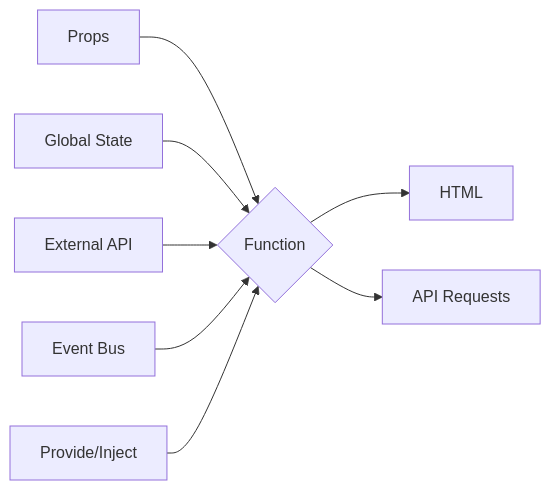
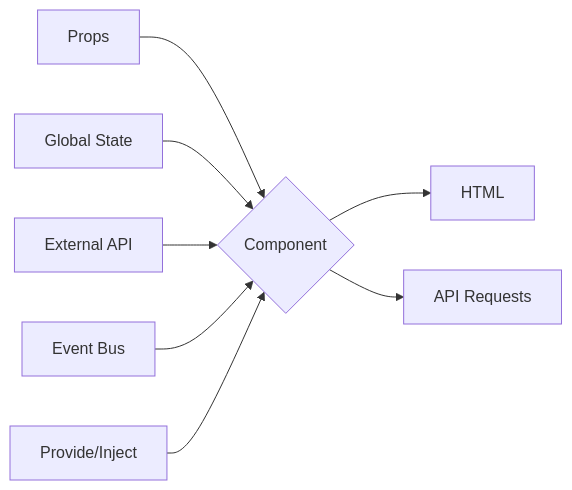
One commit to lindsaykwardell/vgs-functional-programming changed the ninth of 12 diagrams in slides.md. Above: the diagram before and after it, drawn with Mermaid. The commit also changed other lines of this file and 1 other file, not shown here.

````diff
--- a/slides.md
+++ b/slides.md
@@ -497,10 +552,10 @@
 ```mermaid
 flowchart LR
-    Props --> Function
-    state[Global State] --> Function
-    api[External API] --> Function
-    bus[Event Bus] --> Function
-    provide[Provide/Inject] --> Function
-    Function{Function} --> HTML
-    Function{Function} --> api2[API Requests]
+    Props --> Component
+    state[Global State] --> Component
+    api[External API] --> Component
+    bus[Event Bus] --> Component
+    provide[Provide/Inject] --> Component
+    Component{Component} --> HTML
+    Component{Component} --> api2[API Requests]
 ```
````
